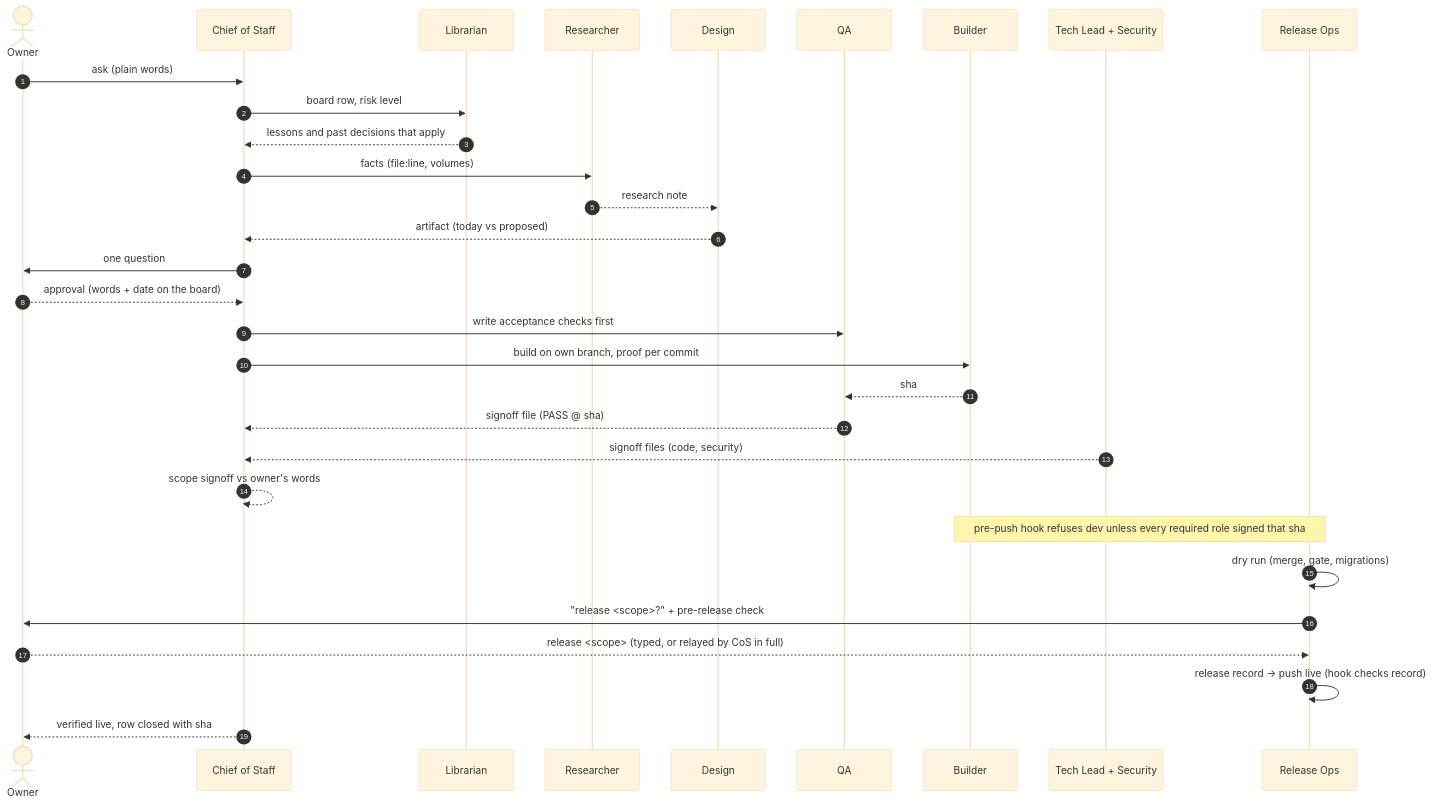
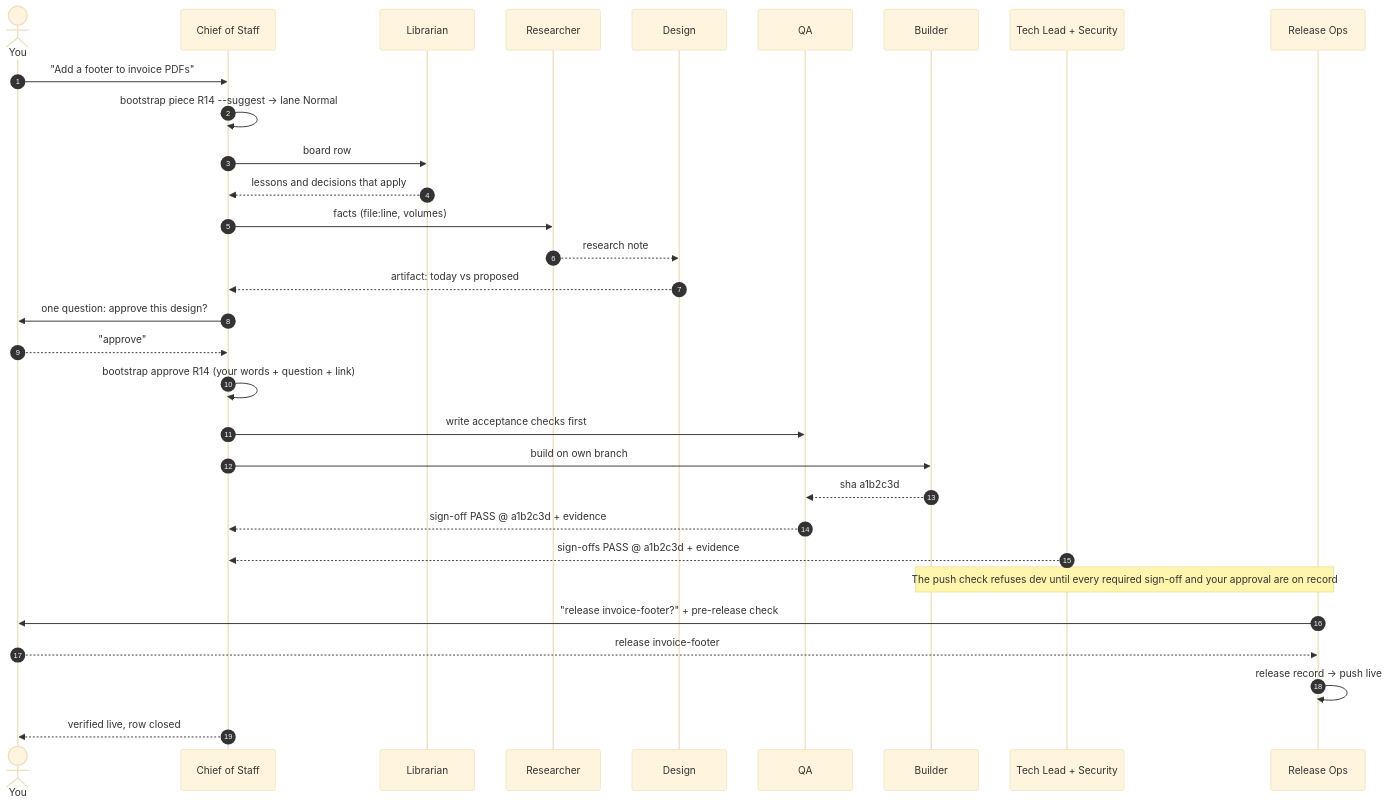
The third of 6 diagrams in README.md (AnfalHaider/Bootstrap-environment), drawn with Mermaid (base theme) before and after one commit. The commit also changed other lines of this file and 10 other files, not shown here.

First line of the commit message:
README: purpose, use cases, advantages, diagrams and screenshots

````diff
--- a/README.md
+++ b/README.md
@@ -112,33 +128,33 @@
 ```mermaid
 sequenceDiagram
   autonumber
-  actor Owner
+  actor You
   participant CoS as Chief of Staff
   participant Lib as Librarian
   participant Res as Researcher
   participant Des as Design
   participant QA
   participant Bld as Builder
   participant Rev as Tech Lead + Security
   participant RO as Release Ops
-  Owner->>CoS: ask (plain words)
-  CoS->>Lib: board row, risk level
-  Lib-->>CoS: lessons and past decisions that apply
+  You->>CoS: "Add a footer to invoice PDFs"
+  CoS->>CoS: bootstrap piece R14 --suggest → lane Normal
+  CoS->>Lib: board row
+  Lib-->>CoS: lessons and decisions that apply
   CoS->>Res: facts (file:line, volumes)
   Res-->>Des: research note
-  Des-->>CoS: artifact (today vs proposed)
-  CoS->>Owner: one question
-  Owner-->>CoS: approval (words + date on the board)
+  Des-->>CoS: artifact: today vs proposed
+  CoS->>You: one question: approve this design?
+  You-->>CoS: "approve"
+  CoS->>CoS: bootstrap approve R14 (your words + question + link)
   CoS->>QA: write acceptance checks first
-  CoS->>Bld: build on own branch, proof per commit
-  Bld-->>QA: sha
-  QA-->>CoS: signoff file (PASS @ sha)
-  Rev-->>CoS: signoff files (code, security)
-  CoS-->>CoS: scope signoff vs owner's words
-  Note over Bld,RO: pre-push hook refuses dev unless every required role signed that sha
-  RO->>RO: dry run (merge, gate, migrations)
-  RO->>Owner: "release <scope>?" + pre-release check
-  Owner-->>RO: release <scope> (typed, or relayed by CoS in full)
-  RO->>RO: release record → push live (hook checks record)
-  CoS-->>Owner: verified live, row closed with sha
+  CoS->>Bld: build on own branch
+  Bld-->>QA: sha a1b2c3d
+  QA-->>CoS: sign-off PASS @ a1b2c3d + evidence
+  Rev-->>CoS: sign-offs PASS @ a1b2c3d + evidence
+  Note over Bld,RO: The push check refuses dev until every required sign-off and your approval are on record
+  RO->>You: "release invoice-footer?" + pre-release check
+  You-->>RO: release invoice-footer
+  RO->>RO: release record → push live
+  CoS-->>You: verified live, row closed
 ```
````
